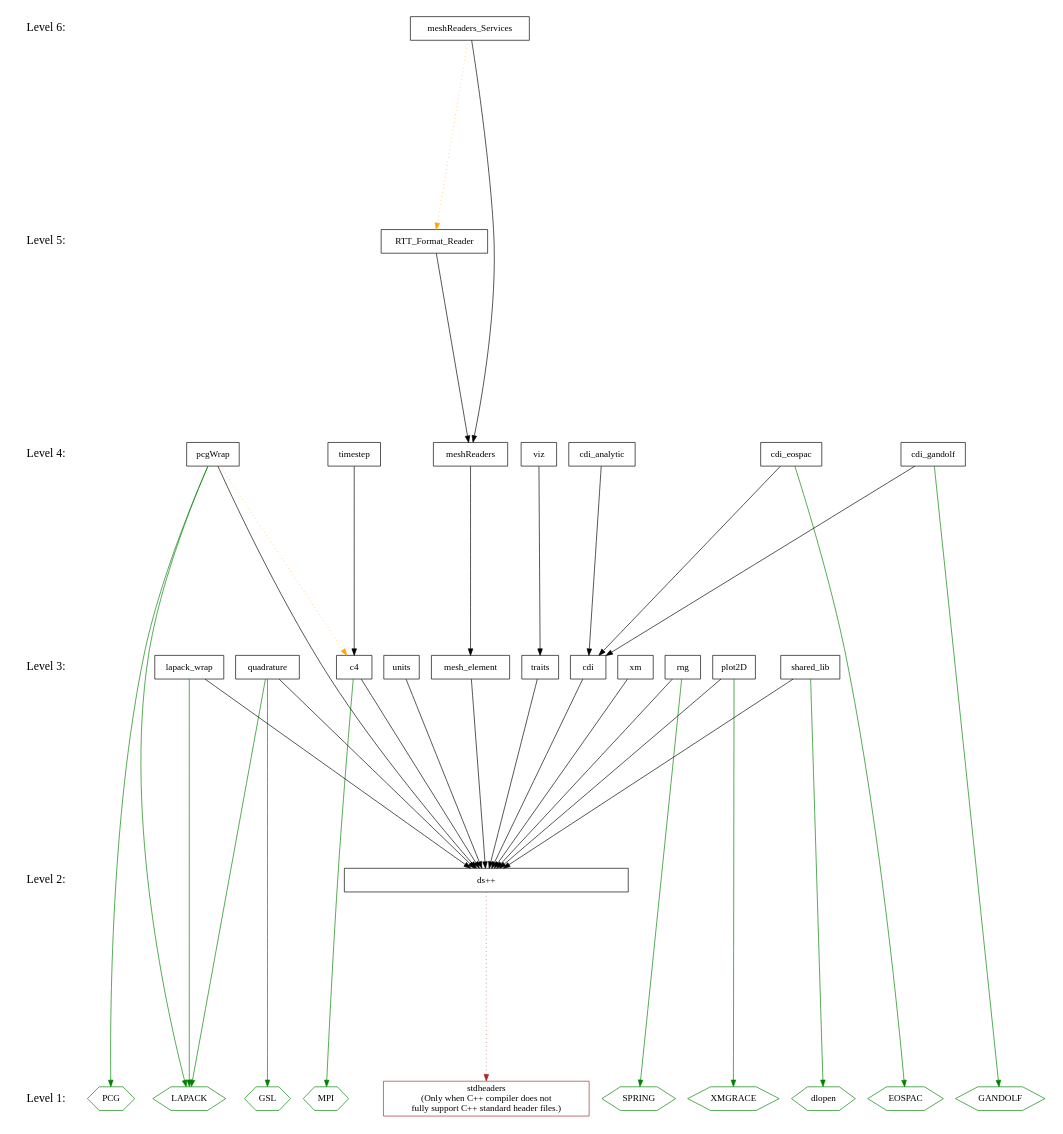
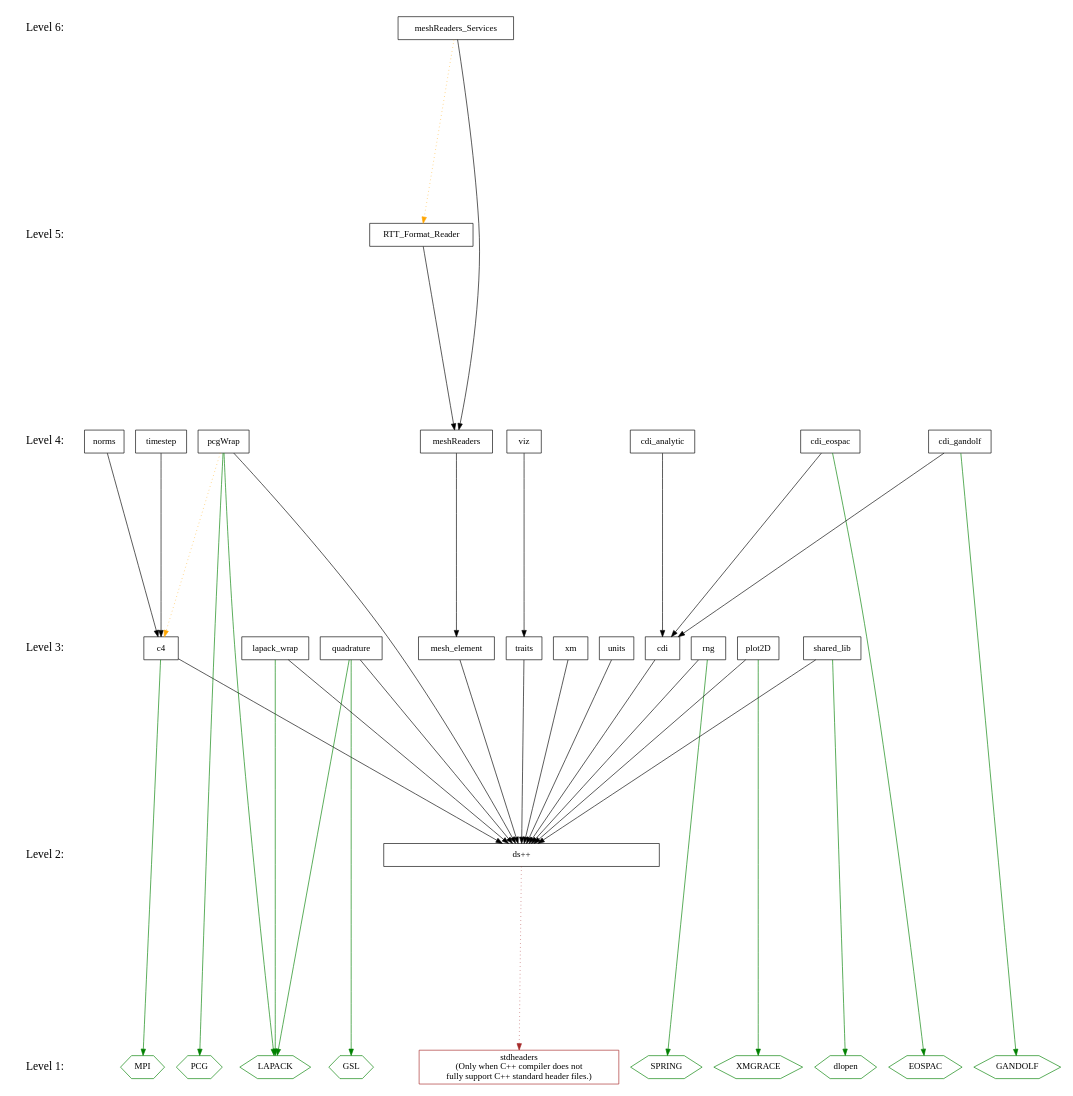
One commit to losalamos/Draco changed the diagram in doc/design/level.dot. Above: the diagram before and after it, drawn with Graphviz. The commit also changed 1 other file, not shown here.

Commit message:
o Adding package "norms" to levelization diagram.
Tracker:
Status: Open[ ] Closed[ ] Pending[ ]

```diff
--- a/doc/design/level.dot
+++ b/doc/design/level.dot
@@ -1,119 +1,121 @@
 digraph draco_level {
     /* graph attributes */
     center=1;
     size="7.5,10";
     ranksep=4;
     
     /* levels */
     level1 [shape=plaintext, label="Level 1:", fontsize=18];
     level2 [shape=plaintext, label="Level 2:", fontsize=18];
     level3 [shape=plaintext, label="Level 3:", fontsize=18];
     level4 [shape=plaintext, label="Level 4:", fontsize=18];
     level5 [shape=plaintext, label="Level 5:", fontsize=18];
     level6 [shape=plaintext, label="Level 6:", fontsize=18];
     
     level6 -> level5 -> level4 -> level3 -> level2 -> level1 [style=invis];
     
     /* packages */
 
     /* level 1 */
     stdheaders [shape=box,     color=brown, label="stdheaders\n(Only when C++ compiler does not\nfully support C++ standard header files.)"];
     vmpi       [shape=hexagon, color=green, label="MPI"];
     vlapack    [shape=hexagon, color=green, label="LAPACK"];
     vpcg       [shape=hexagon, color=green, label="PCG"];
     vgandolf   [shape=hexagon, color=green, label="GANDOLF"];
     veospac    [shape=hexagon, color=green, label="EOSPAC"];
     vgrace     [shape=hexagon, color=green, label="XMGRACE"];
     vspring    [shape=hexagon, color=green, label="SPRING"];
     vdlopen    [shape=hexagon, color=green, label="dlopen"];
     vgsl       [shape=hexagon, color=green, label="GSL"];
         
     /* level 2 */
     dsxx [shape=box, label="ds++", width=6];
     
     /* level 3 */
     traits [shape=box, label="traits"];
-    xm [shape=box, label="xm"];
-    c4 [shape=box, label="c4"];
-    rng [shape=box, label="rng"];
-    units [shape=box, label="units"];
-    cdi [shape=box, label="cdi"];
-    quad [shape=box, label="quadrature"];
+    xm     [shape=box, label="xm"];
+    c4     [shape=box, label="c4"];
+    rng    [shape=box, label="rng"];
+    units  [shape=box, label="units"];
+    cdi    [shape=box, label="cdi"];
+    quad   [shape=box, label="quadrature"];
     meshelement [shape=box, label="mesh_element"];
-    plot [shape=box, label="plot2D"];
+    plot   [shape=box, label="plot2D"];
     lapack [shape=box, label="lapack_wrap"];
-    shlib [shape=box, label="shared_lib"];
+    shlib  [shape=box, label="shared_lib"];
     
     /* level 4 */
-    viz [shape=box, label="viz"];
+    viz      [shape=box, label="viz"];
     timestep [shape=box, label="timestep"];
-    cdianal [shape=box, label="cdi_analytic"];
-    cdieos [shape=box, label="cdi_eospac"];
-    cdigan [shape=box, label="cdi_gandolf"];
-    pcg [shape=box, label="pcgWrap"];
+    cdianal  [shape=box, label="cdi_analytic"];
+    cdieos   [shape=box, label="cdi_eospac"];
+    cdigan   [shape=box, label="cdi_gandolf"];
+    pcg      [shape=box, label="pcgWrap"];
     meshread [shape=box, label="meshReaders"];
+    norms    [shape=box, label="norms"];
     
     /* level 5 */
     rttread     [shape=box, label="RTT_Format_Reader"];
     
     /* level 6 */
     meshservice [shape=box, label="meshReaders_Services"];
     
     /* dependencies */
     {rank=same; level1 stdheaders vlapack vpcg vmpi veospac  vgandolf vgrace vspring vdlopen vgsl};
     {rank=same; level2 dsxx};
     {rank=same; level3 shlib plot lapack traits xm c4 rng units cdi quad meshelement};
     {rank=same; level4 viz timestep cdianal cdieos cdigan pcg meshread};
     {rank=same; level5 rttread};
     {rank=same; level6 meshservice};
     
     /* draco packages */
 
     /* NOTE:  hidden dependencies are in comments at the end of each line.
      * For example if a package depends on c4 it implicitly depends on dsxx
      * as well.  The dependency on dsxx is not shown explicitly on the
      * graph. 
     
     /* level 2 */
     dsxx -> {stdheaders}   [color="brown" style=dotted];
     
     /* level 3 */
     xm          -> {dsxx};
     units       -> {dsxx};
     traits      -> {dsxx};
     c4          -> {dsxx};
     c4          -> {vmpi}         [color="green"];
     rng         -> {dsxx};
     rng         -> {vspring}      [color="green"];
     cdi         -> {dsxx};
     meshelement -> {dsxx};
     quad        -> {dsxx};
     quad        -> {vgsl vlapack} [color="green"];
     plot        -> {dsxx};
     plot        -> {vgrace}       [color="green"];
     lapack      -> {dsxx};
     lapack      -> {vlapack}      [color="green"];
     shlib       -> {dsxx};
     shlib       -> {vdlopen}      [color="green"];
     
     /* level 4 */
     viz         -> {traits};      /* traits: dsxx */
     timestep    -> {c4};          /* c4      : dsxx */
     pcg         -> {dsxx};
     pcg         -> {vlapack vpcg} [color="green"];
     pcg         -> {c4}           [color="orange" style=dotted];
     cdianal     -> {cdi};         /* cdi     : dsxx */
     cdieos      -> {cdi};         /* cdi     : dsxx */
     cdieos      -> {veospac}      [color="green"]; 
     cdigan      -> {cdi};         /* cdi     : dsxx */
     cdigan      -> {vgandolf}     [color="green"];
     meshread    -> {meshelement};
+    norms       -> {c4}; /* dsxx */
 
     /* level 5 */
     rttread     -> {meshread};           /* meshread: dsxx */
 
     /* level 6 */
     meshservice -> {meshread};           /* meshread: dsxx */
     meshservice -> {rttread} [color="orange" style=dotted];
 
 }
```
